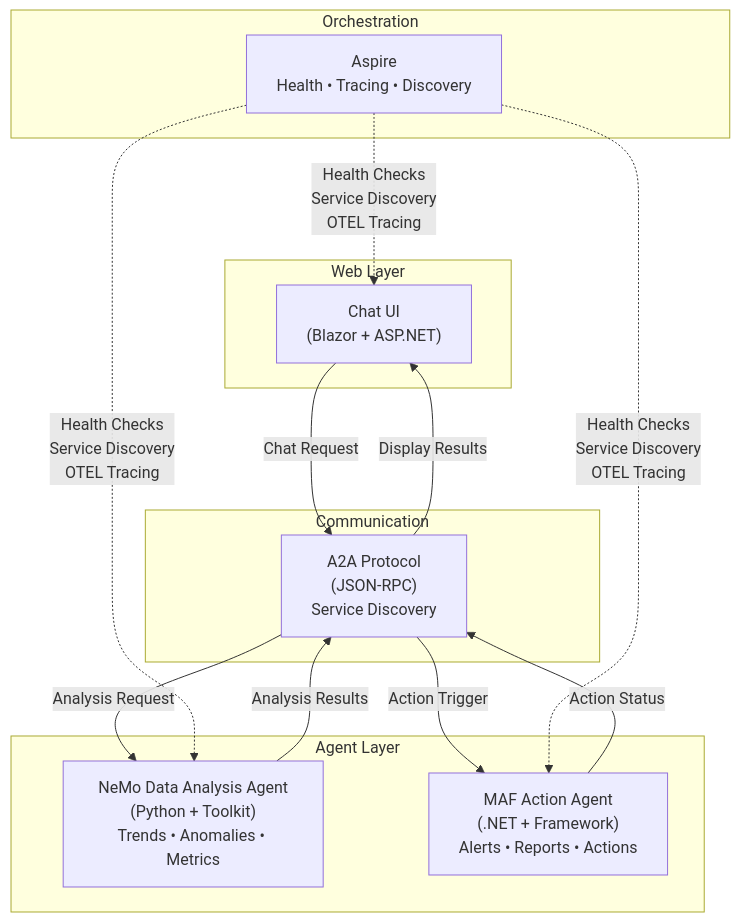
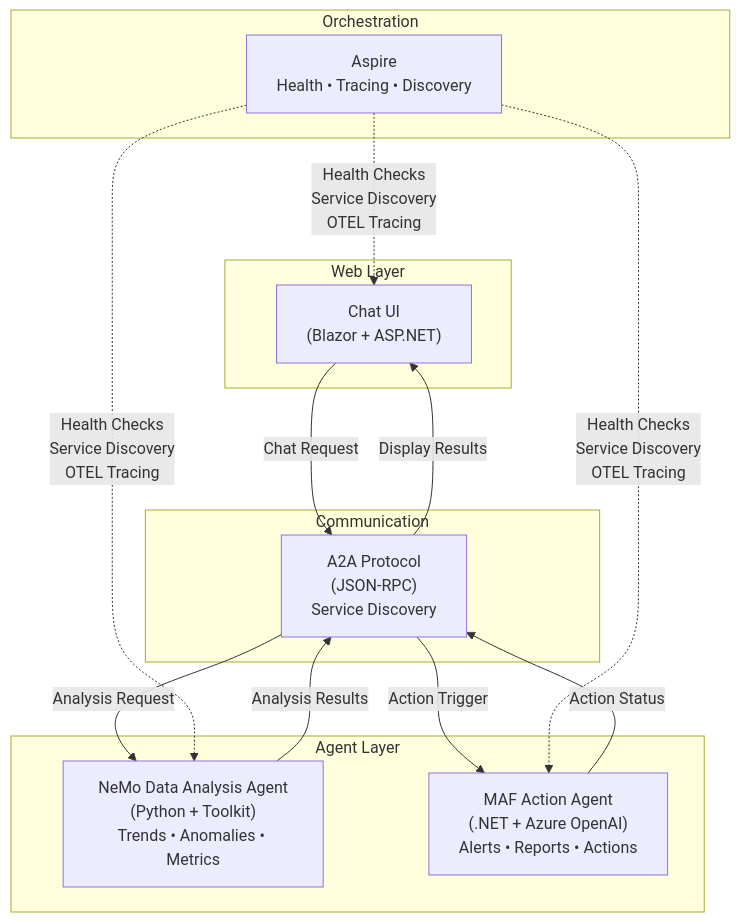
Before and after one commit to elbruno/MAF-A2A-NVIDIA-NemoAgents-private: the diagram in README.md, drawn with Mermaid. The commit also changed other lines of this file and 4 other files, not shown here.

````diff
--- a/README.md
+++ b/README.md
@@ -70,30 +68,30 @@
 ```mermaid
 graph TB
     subgraph "Web Layer"
         UI["Chat UI<br/>(Blazor + ASP.NET)"]
     end
     
     subgraph "Agent Layer"
         NEMO["NeMo Data Analysis Agent<br/>(Python + Toolkit)<br/>Trends • Anomalies • Metrics"]
-        MAF["MAF Action Agent<br/>(.NET + Framework)<br/>Alerts • Reports • Actions"]
+        MAF["MAF Action Agent<br/>(.NET + Azure OpenAI)<br/>Alerts • Reports • Actions"]
     end
     
     subgraph "Communication"
         A2A["A2A Protocol<br/>(JSON-RPC)<br/>Service Discovery"]
     end
     
     subgraph "Orchestration"
         ASPIRE["Aspire<br/>Health • Tracing • Discovery"]
     end
     
     UI -->|Chat Request| A2A
     A2A -->|Analysis Request| NEMO
     NEMO -->|Analysis Results| A2A
     A2A -->|Action Trigger| MAF
     MAF -->|Action Status| A2A
     A2A -->|Display Results| UI
     
     ASPIRE -.->|Health Checks<br/>Service Discovery<br/>OTEL Tracing| NEMO
     ASPIRE -.->|Health Checks<br/>Service Discovery<br/>OTEL Tracing| MAF
     ASPIRE -.->|Health Checks<br/>Service Discovery<br/>OTEL Tracing| UI
 ```
````
